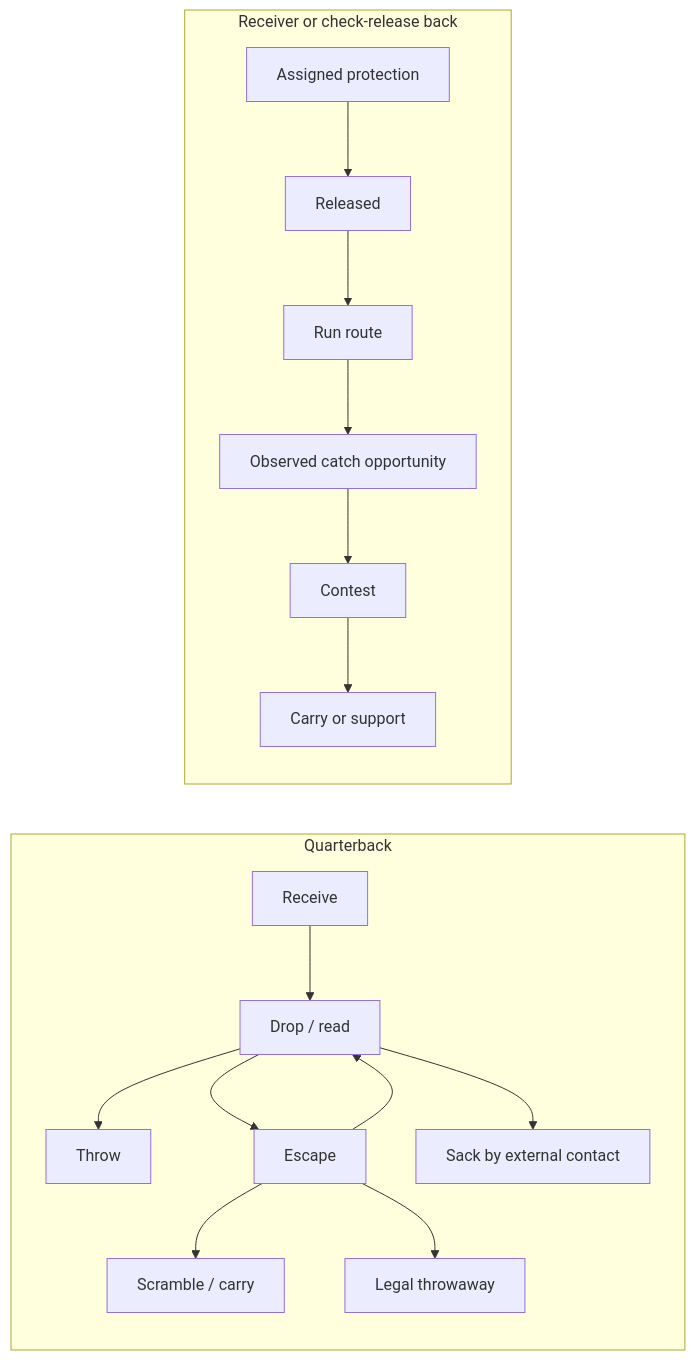
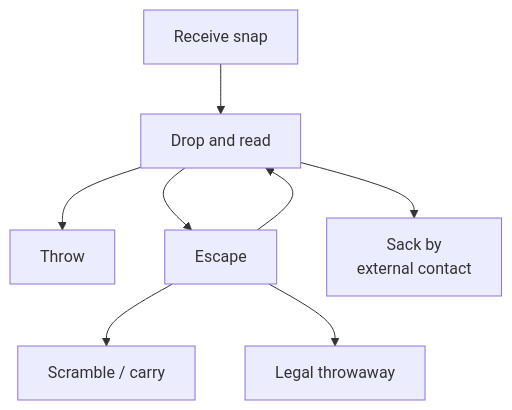
One commit to micahp/legendarypicks changed the second of 3 diagrams in docs/architecture/LIQUID-AI.md. Above: the diagram before and after it, drawn with Mermaid. The commit also changed other lines of this file and 12 other files, not shown here.

Commit message:
docs: wrap diagram labels and add editable SVG schematics

````diff
--- a/docs/architecture/LIQUID-AI.md
+++ b/docs/architecture/LIQUID-AI.md
@@ -50,19 +52,10 @@
 ```mermaid
-flowchart LR
-  subgraph QB["Quarterback"]
-    A["Receive"] --> B["Drop / read"]
-    B --> C["Throw"]
-    B --> D["Escape"]
-    D --> B
-    D --> E["Scramble / carry"]
-    D --> F["Legal throwaway"]
-    B --> G["Sack by external contact"]
-  end
-  subgraph WR["Receiver or check-release back"]
-    H["Assigned protection"] --> I["Released"]
-    I --> J["Run route"]
-    J --> K["Observed catch opportunity"]
-    K --> L["Contest"]
-    L --> M["Carry or support"]
-  end
+flowchart TD
+ A["Receive snap"] --> B["Drop and read"]
+ B --> C["Throw"]
+ B --> D["Escape"]
+ D --> B
+ D --> E["Scramble / carry"]
+ D --> F["Legal throwaway"]
+ B --> G["Sack by<br/>external contact"]
 ```
````
